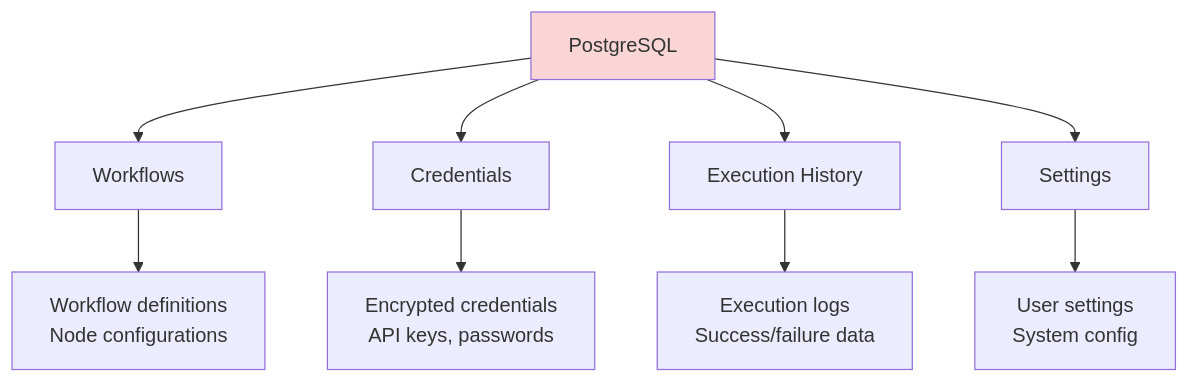
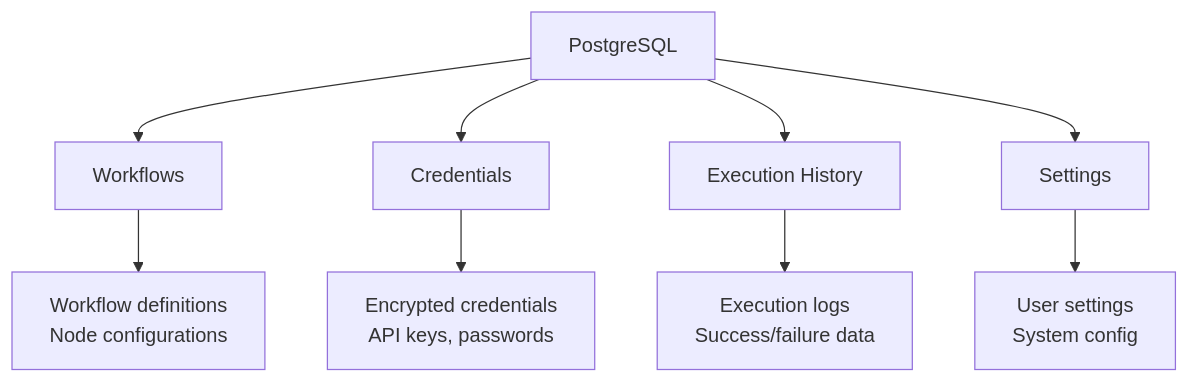
One commit to wtoloza-dev/ZTH-n8n-Engineer changed the fourth of 11 diagrams in lessons/01-foundations/theory/04-architecture.md. Above: the diagram before and after it, drawn with Mermaid. The commit also changed other lines of this file and 31 other files, not shown here.

````diff
--- a/lessons/01-foundations/theory/04-architecture.md
+++ b/lessons/01-foundations/theory/04-architecture.md
@@ -103,14 +94,13 @@
 ```mermaid
 graph TD
     A[PostgreSQL] --> B[Workflows]
     A --> C[Credentials]
     A --> D[Execution History]
     A --> E[Settings]
     
     B --> B1[Workflow definitions<br/>Node configurations]
     C --> C1[Encrypted credentials<br/>API keys, passwords]
     D --> D1[Execution logs<br/>Success/failure data]
     E --> E1[User settings<br/>System config]
     
-    style A fill:#f9d6d5
 ```
````
